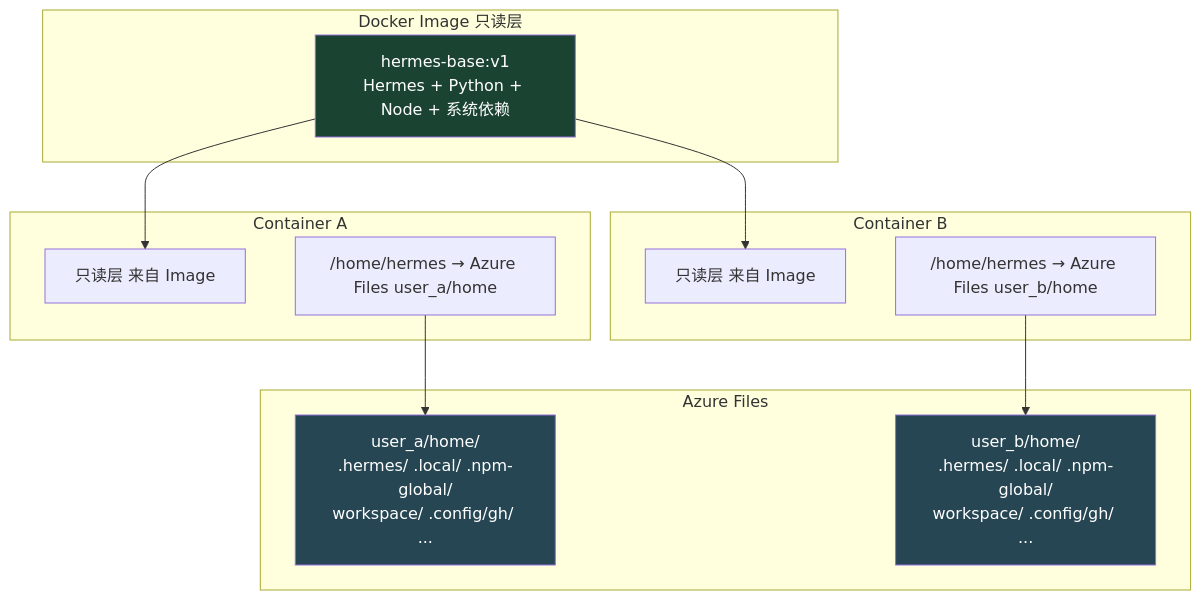
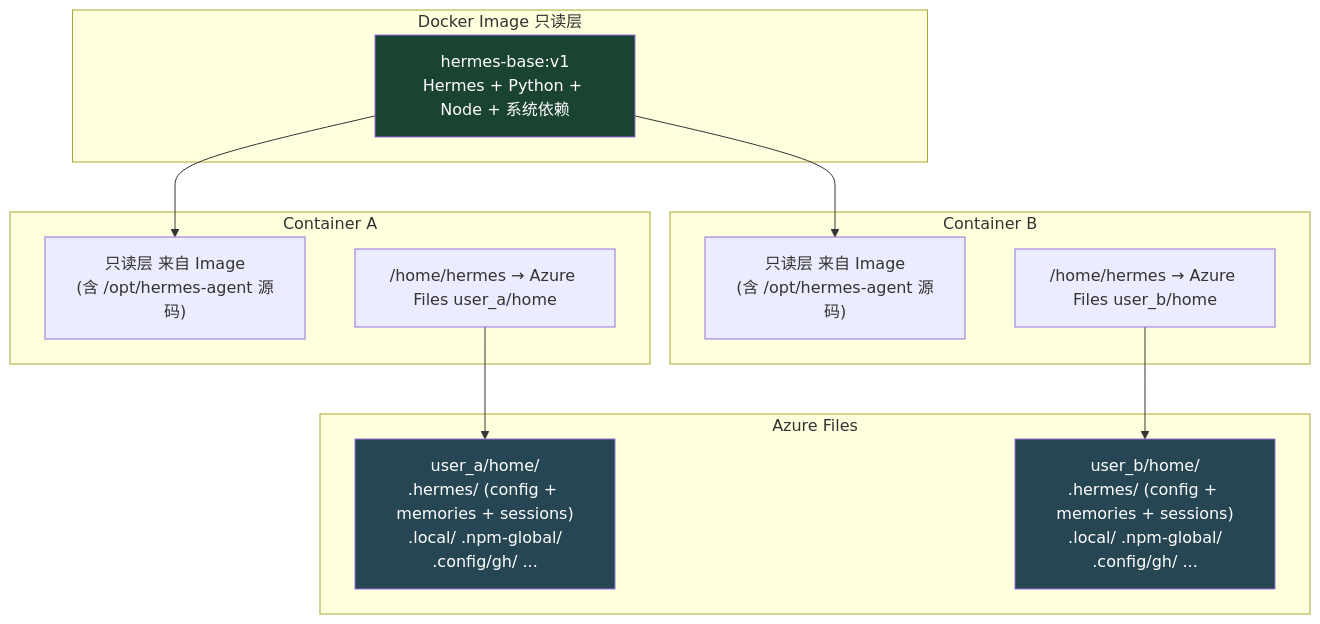
One commit to jiayiyan-AI/laifu changed the fifth of 14 diagrams in docs/architecture.md. Above: the diagram before and after it, drawn with Mermaid. The commit also changed other lines of this file and 14 other files, not shown here.

````diff
--- a/docs/architecture.md
+++ b/docs/architecture.md
@@ -155,30 +157,30 @@
 ```mermaid
 flowchart TB
     subgraph Docker Image 只读层
         IMG[hermes-base:v1<br/>Hermes + Python + Node + 系统依赖]
     end
 
     subgraph Container A
-        CA_RO[只读层 来自 Image]
+        CA_RO["只读层 来自 Image<br/>(含 /opt/hermes-agent 源码)"]
         CA_VOL["/home/hermes → Azure Files user_a/home"]
     end
 
     subgraph Container B
-        CB_RO[只读层 来自 Image]
+        CB_RO["只读层 来自 Image<br/>(含 /opt/hermes-agent 源码)"]
         CB_VOL["/home/hermes → Azure Files user_b/home"]
     end
 
     subgraph Azure Files
-        AF_A["user_a/home/<br/>.hermes/ .local/ .npm-global/<br/>workspace/ .config/gh/ ..."]
-        AF_B["user_b/home/<br/>.hermes/ .local/ .npm-global/<br/>workspace/ .config/gh/ ..."]
+        AF_A["user_a/home/<br/>.hermes/ (config + memories + sessions)<br/>.local/ .npm-global/<br/>.config/gh/ ..."]
+        AF_B["user_b/home/<br/>.hermes/ (config + memories + sessions)<br/>.local/ .npm-global/<br/>.config/gh/ ..."]
     end
 
     IMG --> CA_RO
     IMG --> CB_RO
     CA_VOL --> AF_A
     CB_VOL --> AF_B
 
     style IMG fill:#1b4332,color:#fff
     style AF_A fill:#264653,color:#fff
     style AF_B fill:#264653,color:#fff
 ```
````
